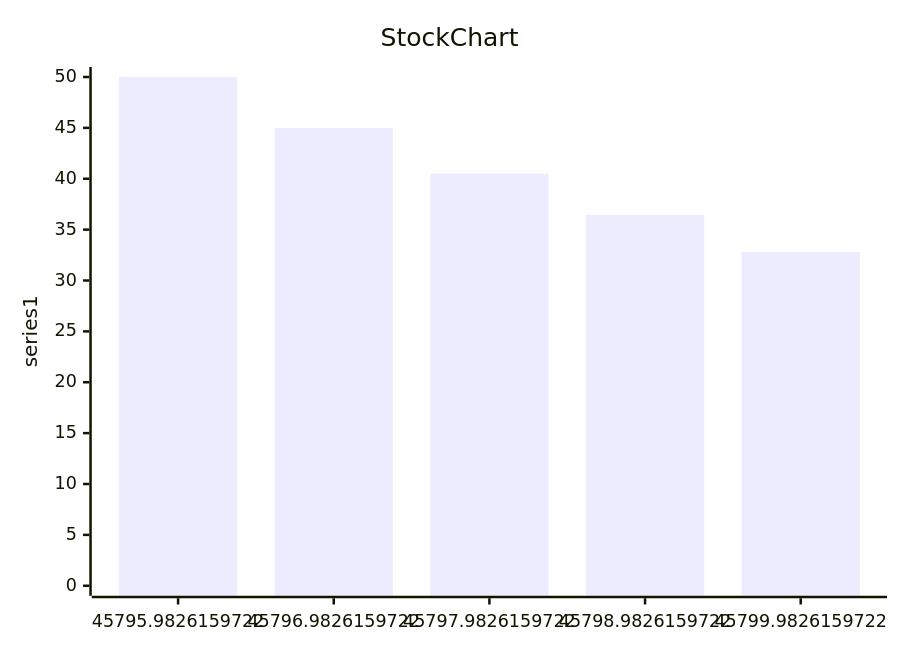
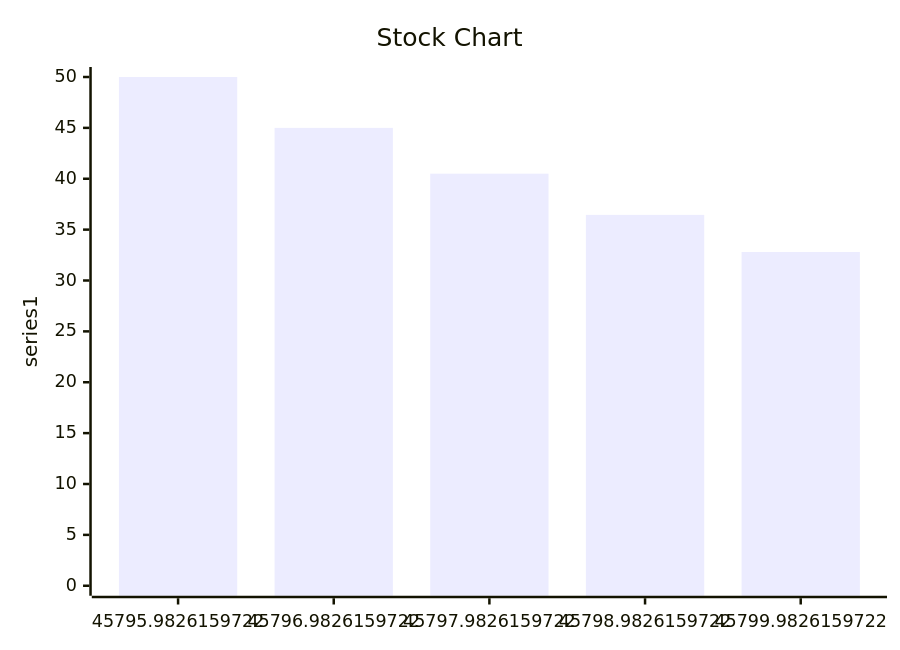
The fifth of 7 diagrams in doc/30.developAndTest/01.unitTest/UT_F02_word→md変換機能/testData/UT-F02-003_004/UT-F02-003_004.md (falsecometrue/officeNIKI), drawn with Mermaid before and after one commit. The commit also changed other lines of this file and 19 other files, not shown here.

````diff
--- a/doc/30.developAndTest/01.unitTest/UT_F02_word→md変換機能/testData/UT-F02-003_004/UT-F02-003_004.md
+++ b/doc/30.developAndTest/01.unitTest/UT_F02_word→md変換機能/testData/UT-F02-003_004/UT-F02-003_004.md
@@ -272,7 +267,7 @@
 ```mermaid
 xychart-beta
-  title "StockChart"
+  title "Stock Chart"
   x-axis ["45795.9826159722", "45796.9826159722", "45797.9826159722", "45798.9826159722", "45799.9826159722"]
   y-axis "series1" 0 --> 50
   bar [50, 45, 40.5, 36.45, 32.805]
 ```
````
